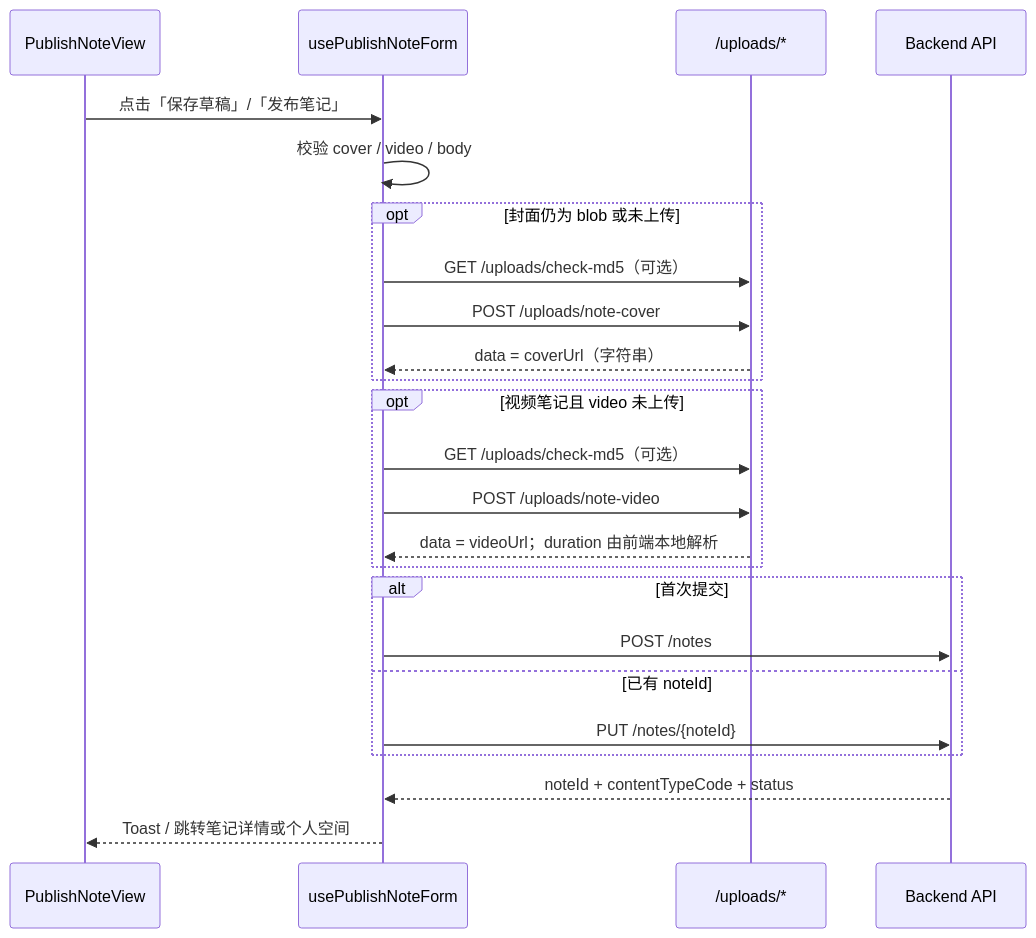
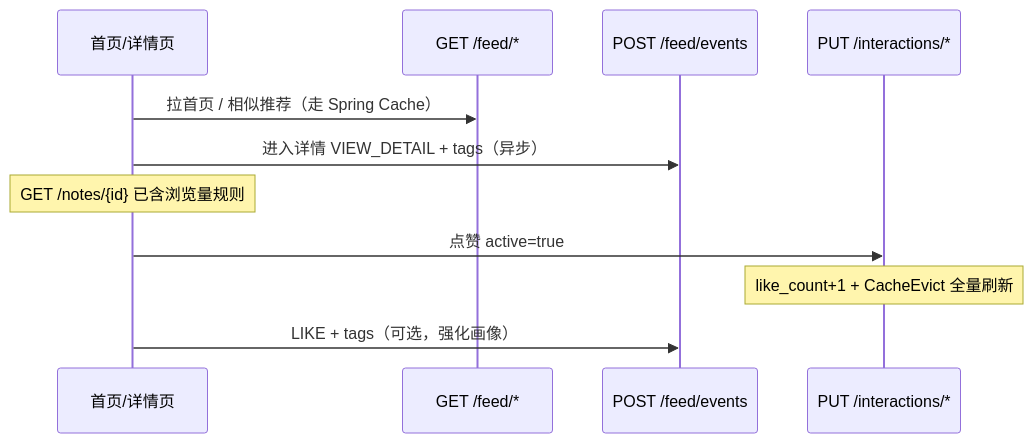
Before and after one commit to wuminwuyou/Unibridge: the diagram in API-request.md, drawn with Mermaid. The commit also changed other lines of this file and 71 other files, not shown here.

````diff
--- a/API-request.md
+++ b/API-request.md
@@ -661,30 +358,14 @@
 ```mermaid
 sequenceDiagram
-  participant View as PublishNoteView
-  participant Hook as usePublishNoteForm
-  participant Upload as /uploads/*
-  participant API as Backend API
+  participant UI as 首页/详情页
+  participant Feed as GET /feed/*
+  participant Event as POST /feed/events
+  participant Inter as PUT /interactions/*
 
-  View->>Hook: 点击「保存草稿」/「发布笔记」
-  Hook->>Hook: 校验 cover / video / body
-
-  opt 封面仍为 blob 或未上传
-    Hook->>Upload: GET /uploads/check-md5（可选）
-    Hook->>Upload: POST /uploads/note-cover
-    Upload-->>Hook: data = coverUrl（字符串）
-  end
-
-  opt 视频笔记且 video 未上传
-    Hook->>Upload: GET /uploads/check-md5（可选）
-    Hook->>Upload: POST /uploads/note-video
-    Upload-->>Hook: data = videoUrl；duration 由前端本地解析
-  end
-
-  alt 首次提交
-    Hook->>API: POST /notes
-  else 已有 noteId
-    Hook->>API: PUT /notes/{noteId}
-  end
-  API-->>Hook: noteId + contentTypeCode + status
-  Hook-->>View: Toast / 跳转笔记详情或个人空间
+  UI->>Feed: 拉首页 / 相似推荐（走 Spring Cache）
+  UI->>Event: 进入详情 VIEW_DETAIL + tags（异步）
+  Note over UI: GET /notes/{id} 已含浏览量规则
+  UI->>Inter: 点赞 active=true
+  Note over Inter: like_count+1 + CacheEvict 全量刷新
+  UI->>Event: LIKE + tags（可选，强化画像）
 ```
````
